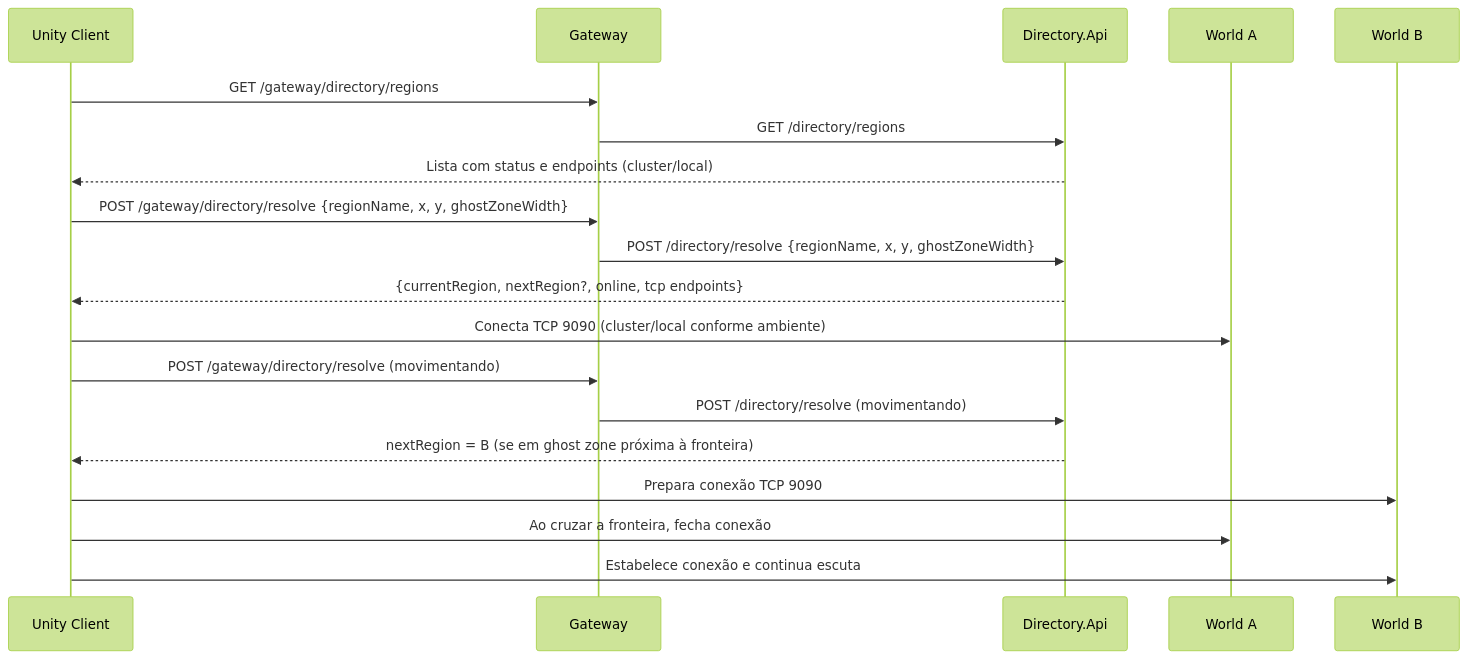
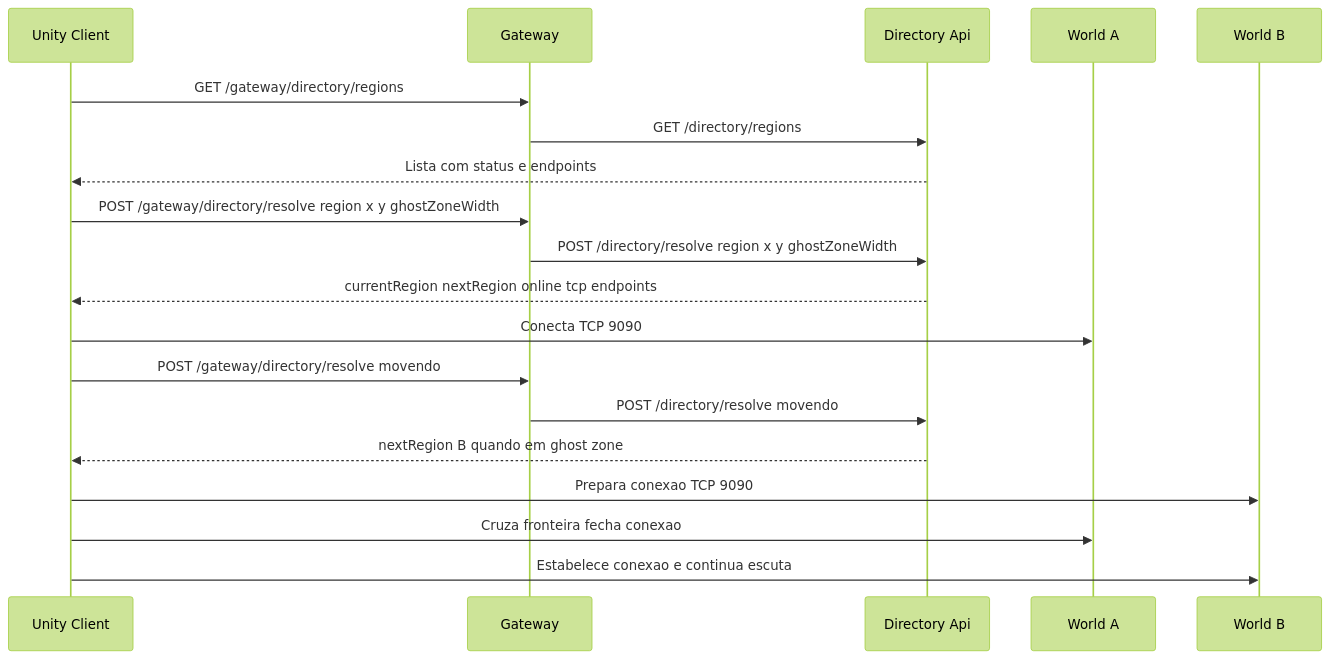
Before and after one commit to leonardoigor/pokeMMo: the fourth of 4 diagrams in docs/architecture/flows.md, drawn with Mermaid (forest theme). The commit also changed other lines of this file and 70 other files, not shown here.

````diff
--- a/docs/architecture/flows.md
+++ b/docs/architecture/flows.md
@@ -45,24 +46,24 @@
 ```mermaid
 sequenceDiagram
   participant U as Unity Client
   participant G as Gateway
-  participant D as Directory.Api
+  participant D as Directory Api
   participant W1 as World A
   participant W2 as World B
 
   U->>G: GET /gateway/directory/regions
   G->>D: GET /directory/regions
-  D-->>U: Lista com status e endpoints (cluster/local)
+  D-->>U: Lista com status e endpoints
 
-  U->>G: POST /gateway/directory/resolve {regionName, x, y, ghostZoneWidth}
-  G->>D: POST /directory/resolve {regionName, x, y, ghostZoneWidth}
-  D-->>U: {currentRegion, nextRegion?, online, tcp endpoints}
+  U->>G: POST /gateway/directory/resolve region x y ghostZoneWidth
+  G->>D: POST /directory/resolve region x y ghostZoneWidth
+  D-->>U: currentRegion nextRegion online tcp endpoints
 
-  U->>W1: Conecta TCP 9090 (cluster/local conforme ambiente)
-  U->>G: POST /gateway/directory/resolve (movimentando)
-  G->>D: POST /directory/resolve (movimentando)
-  D-->>U: nextRegion = B (se em ghost zone próxima à fronteira)
-  U->>W2: Prepara conexão TCP 9090
-  U->>W1: Ao cruzar a fronteira, fecha conexão
-  U->>W2: Estabelece conexão e continua escuta
+  U->>W1: Conecta TCP 9090
+  U->>G: POST /gateway/directory/resolve movendo
+  G->>D: POST /directory/resolve movendo
+  D-->>U: nextRegion B quando em ghost zone
+  U->>W2: Prepara conexao TCP 9090
+  U->>W1: Cruza fronteira fecha conexao
+  U->>W2: Estabelece conexao e continua escuta
 ```
````
